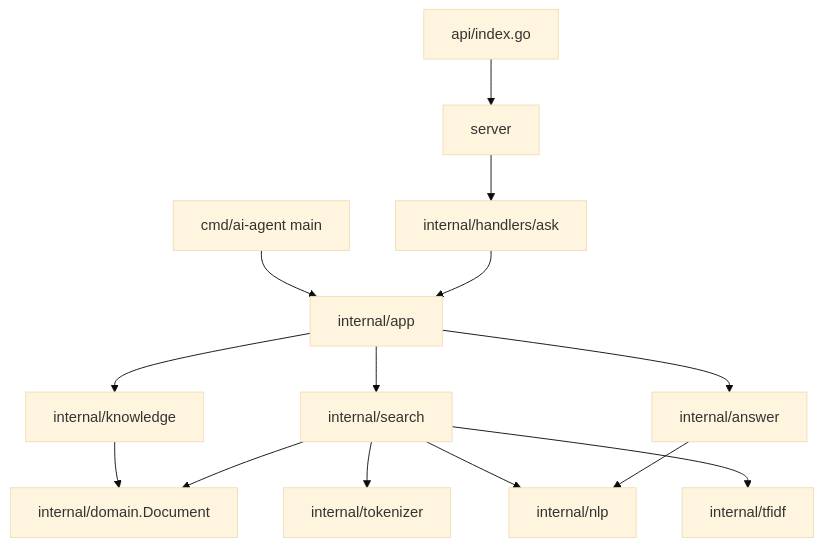
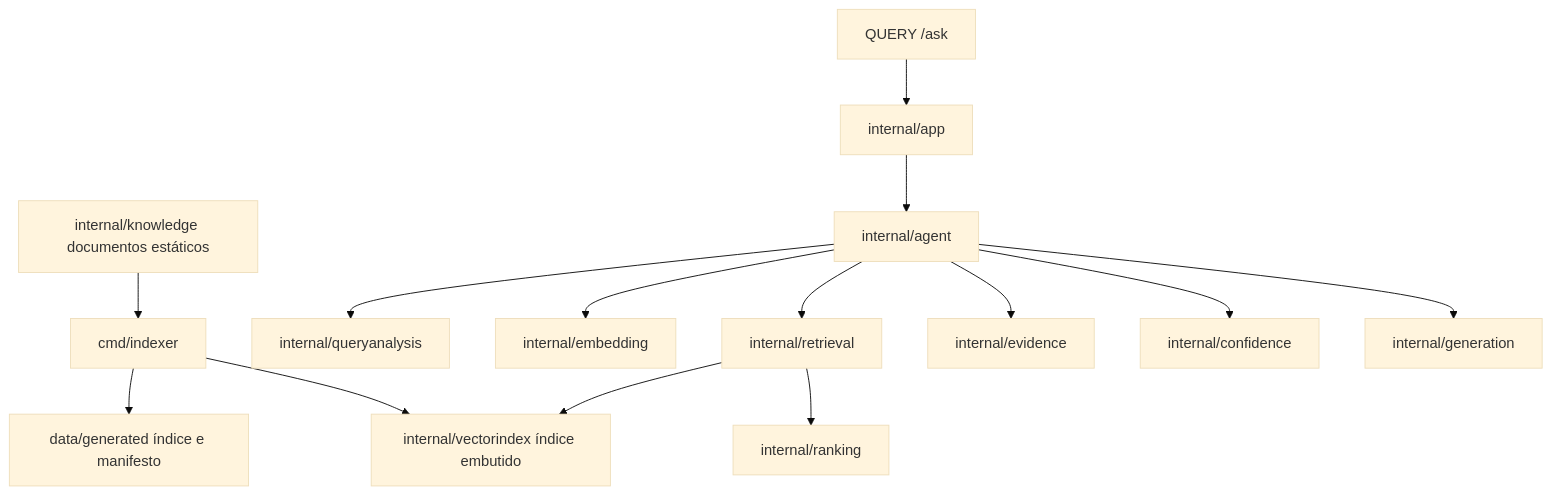
One commit to Joaopdiasventura/ai-agent changed the diagram in docs/pt/README.md. Above: the diagram before and after it, drawn with Mermaid (base theme). The commit also changed other lines of this file and 23 other files, not shown here.

````diff
--- a/docs/pt/README.md
+++ b/docs/pt/README.md
@@ -73,16 +11,30 @@
 ```mermaid
 flowchart TD
-    CLI["cmd/ai-agent main"] --> App["internal/app"]
-    Vercel["api/index.go"] --> Server["server"]
-    Server --> Handler["internal/handlers/ask"]
-    Handler --> App
-    App --> Knowledge["internal/knowledge"]
-    App --> Search["internal/search"]
-    Search --> Tokenizer["internal/tokenizer"]
-    Search --> NLP["internal/nlp"]
-    Search --> TFIDF["internal/tfidf"]
-    App --> Answer["internal/answer"]
-    Knowledge --> Domain["internal/domain.Document"]
-    Search --> Domain
-    Answer --> NLP
+    Knowledge[internal/knowledge documentos estáticos]
+    Indexer[cmd/indexer]
+    Generated[data/generated índice e manifesto]
+    Embedded[internal/vectorindex índice embutido]
+    Handler[QUERY /ask]
+    App[internal/app]
+    Agent[internal/agent]
+    Query[internal/queryanalysis]
+    Embedding[internal/embedding]
+    Retrieval[internal/retrieval]
+    Ranking[internal/ranking]
+    Evidence[internal/evidence]
+    Confidence[internal/confidence]
+    Generation[internal/generation]
+
+    Knowledge --> Indexer
+    Indexer --> Generated
+    Indexer --> Embedded
+    Handler --> App --> Agent
+    Agent --> Query
+    Agent --> Embedding
+    Agent --> Retrieval
+    Retrieval --> Embedded
+    Retrieval --> Ranking
+    Agent --> Evidence
+    Agent --> Confidence
+    Agent --> Generation
 ```
````
